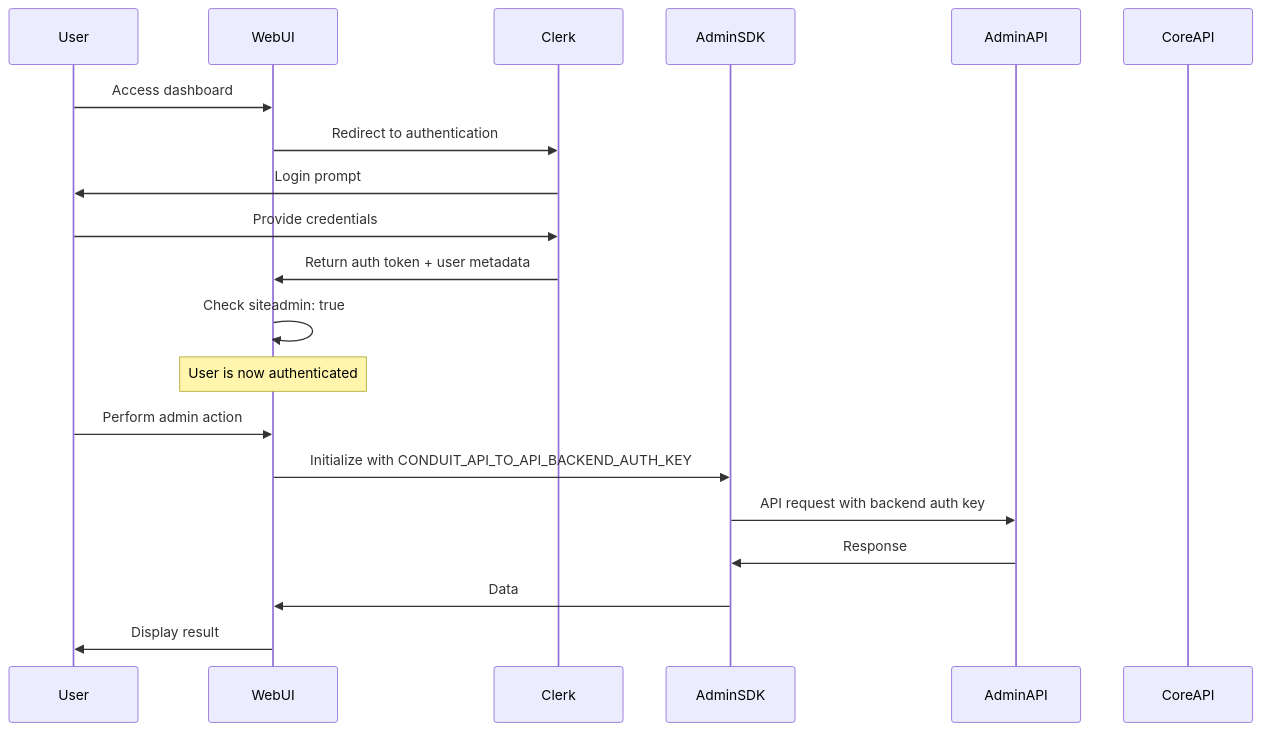
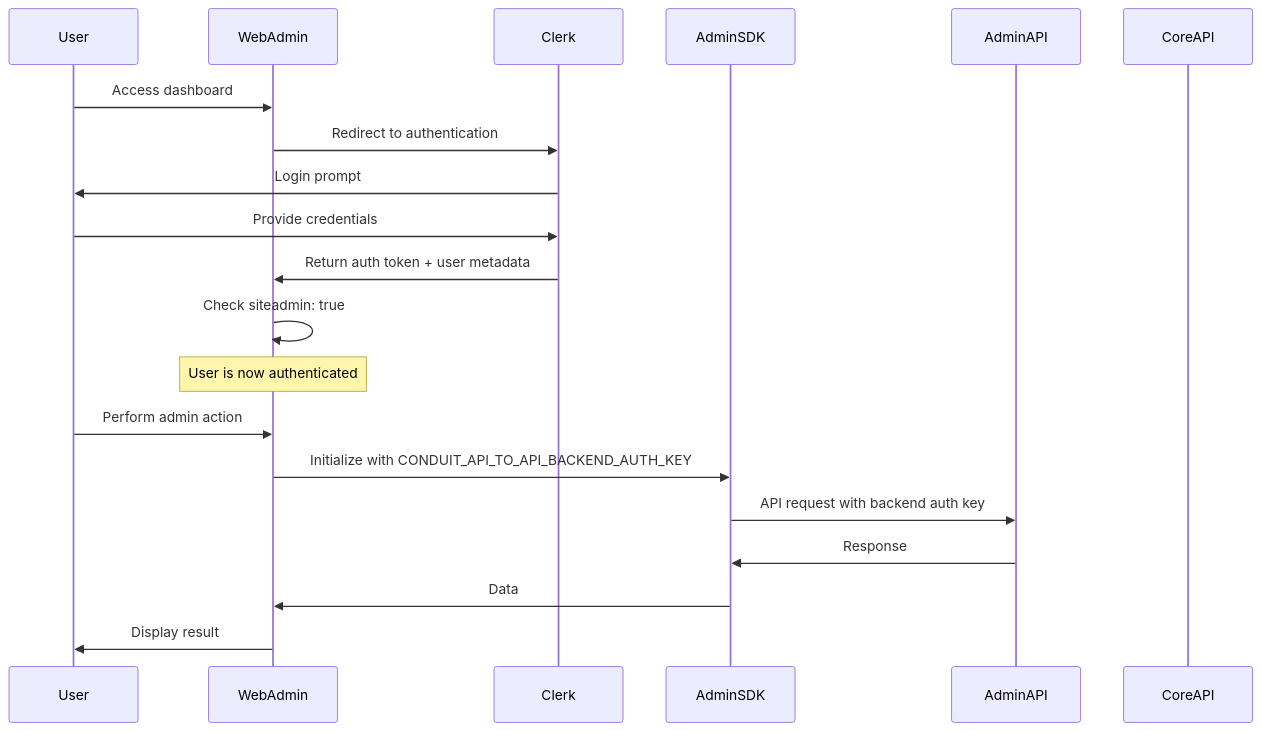
Before and after one commit to knnlabs/Conduit: the diagram in SDKs/Node/Admin/docs/webui-authentication.md, drawn with Mermaid. The commit also changed other lines of this file and 111 other files, not shown here.

First line of the commit message:
refactor: rename WebUI to WebAdmin across the codebase

````diff
--- a/SDKs/Node/Admin/docs/webui-authentication.md
+++ b/SDKs/Node/Admin/docs/webui-authentication.md
@@ -23,25 +23,25 @@
 ```mermaid
 sequenceDiagram
     participant User
-    participant WebUI
+    participant WebAdmin
     participant Clerk
     participant AdminSDK
     participant AdminAPI
     participant CoreAPI
 
-    User->>WebUI: Access dashboard
-    WebUI->>Clerk: Redirect to authentication
+    User->>WebAdmin: Access dashboard
+    WebAdmin->>Clerk: Redirect to authentication
     Clerk->>User: Login prompt
     User->>Clerk: Provide credentials
-    Clerk->>WebUI: Return auth token + user metadata
-    WebUI->>WebUI: Check siteadmin: true
+    Clerk->>WebAdmin: Return auth token + user metadata
+    WebAdmin->>WebAdmin: Check siteadmin: true
     
-    Note over WebUI: User is now authenticated
+    Note over WebAdmin: User is now authenticated
     
-    User->>WebUI: Perform admin action
-    WebUI->>AdminSDK: Initialize with CONDUIT_API_TO_API_BACKEND_AUTH_KEY
+    User->>WebAdmin: Perform admin action
+    WebAdmin->>AdminSDK: Initialize with CONDUIT_API_TO_API_BACKEND_AUTH_KEY
     AdminSDK->>AdminAPI: API request with backend auth key
     AdminAPI->>AdminSDK: Response
-    AdminSDK->>WebUI: Data
-    WebUI->>User: Display result
+    AdminSDK->>WebAdmin: Data
+    WebAdmin->>User: Display result
 ```
````
